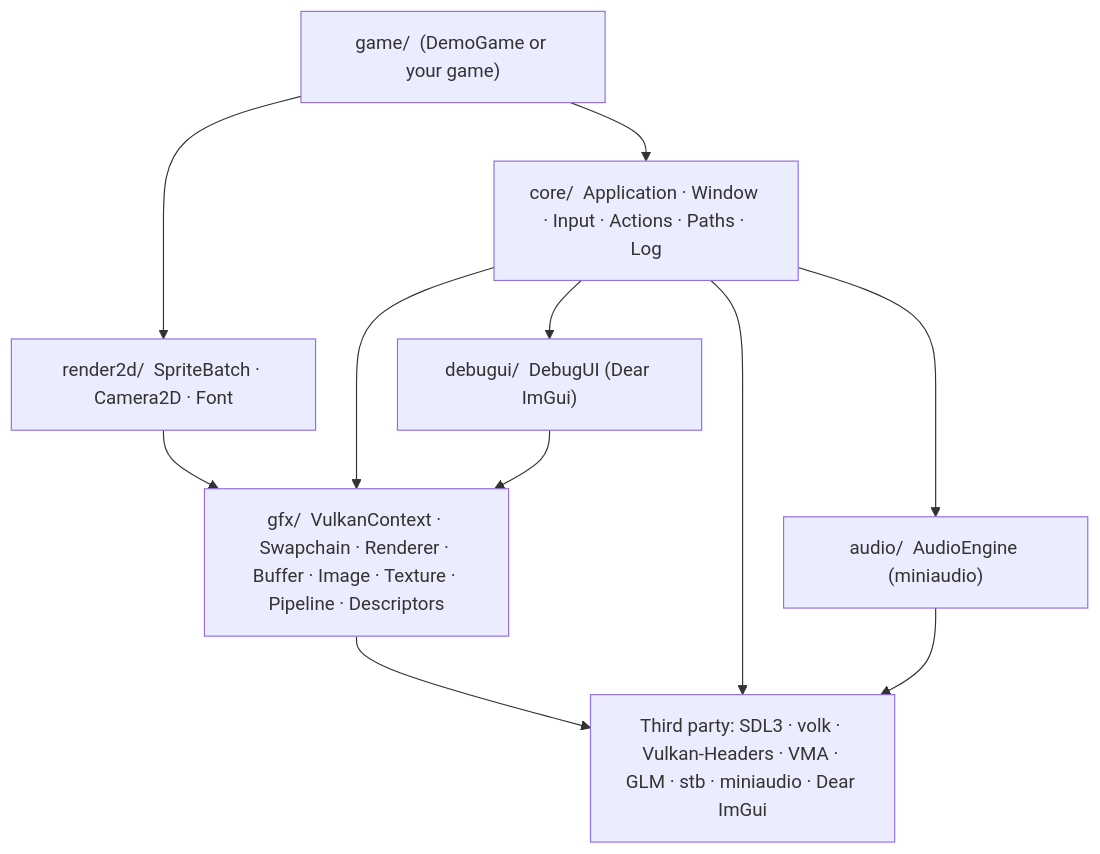
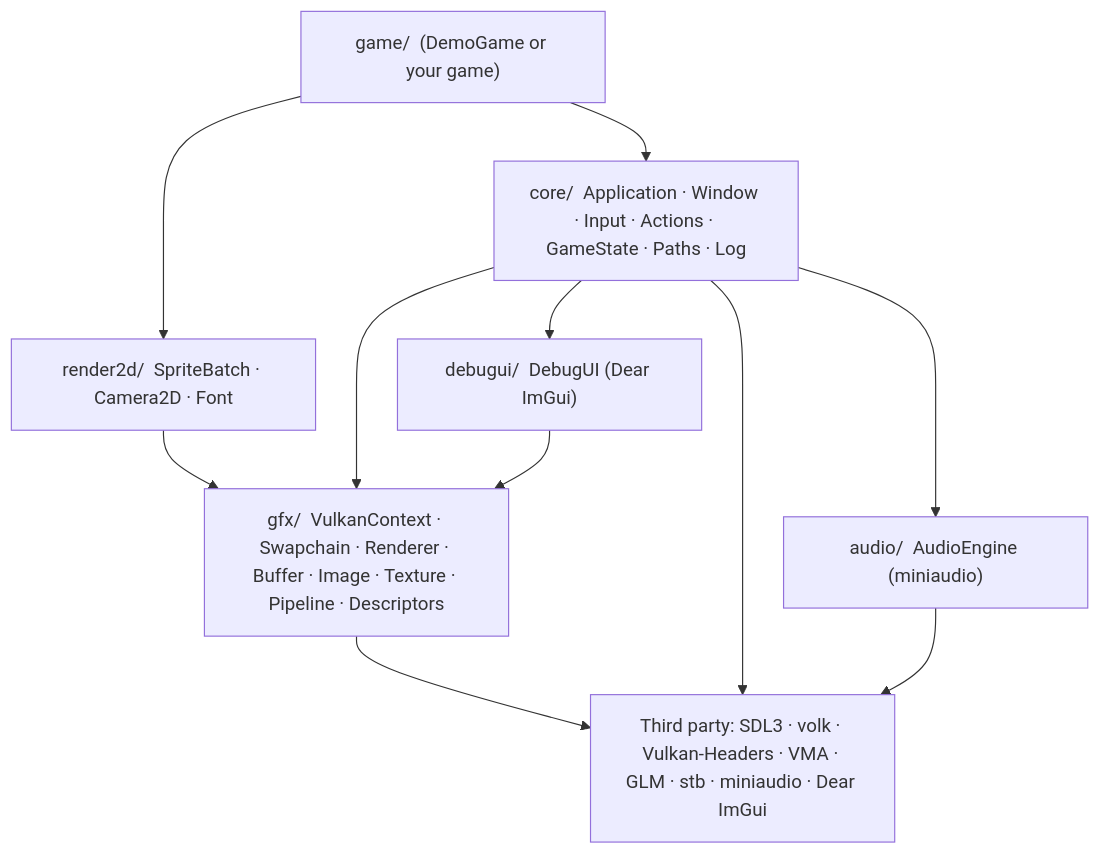
Before and after one commit to Chuck5ta/2DBaseFramework: the first of 10 diagrams in docs/ARCHITECTURE.md, drawn with Mermaid. The commit also changed other lines of this file and 11 other files, not shown here.

````diff
--- a/docs/ARCHITECTURE.md
+++ b/docs/ARCHITECTURE.md
@@ -33,21 +33,21 @@
 ```mermaid
 flowchart TD
     game["game/  (DemoGame or your game)"]
     r2d["render2d/  SpriteBatch · Camera2D · Font"]
-    core["core/  Application · Window · Input · Actions · Paths · Log"]
+    core["core/  Application · Window · Input · Actions · GameState · Paths · Log"]
     aud["audio/  AudioEngine (miniaudio)"]
     dbg["debugui/  DebugUI (Dear ImGui)"]
     gfx["gfx/  VulkanContext · Swapchain · Renderer · Buffer · Image · Texture · Pipeline · Descriptors"]
     third["Third party: SDL3 · volk · Vulkan-Headers · VMA · GLM · stb · miniaudio · Dear ImGui"]
 
     game --> r2d
     game --> core
     r2d --> gfx
     core --> gfx
     core --> aud
     core --> dbg
     dbg --> gfx
     gfx --> third
     core --> third
     aud --> third
 ```
````
